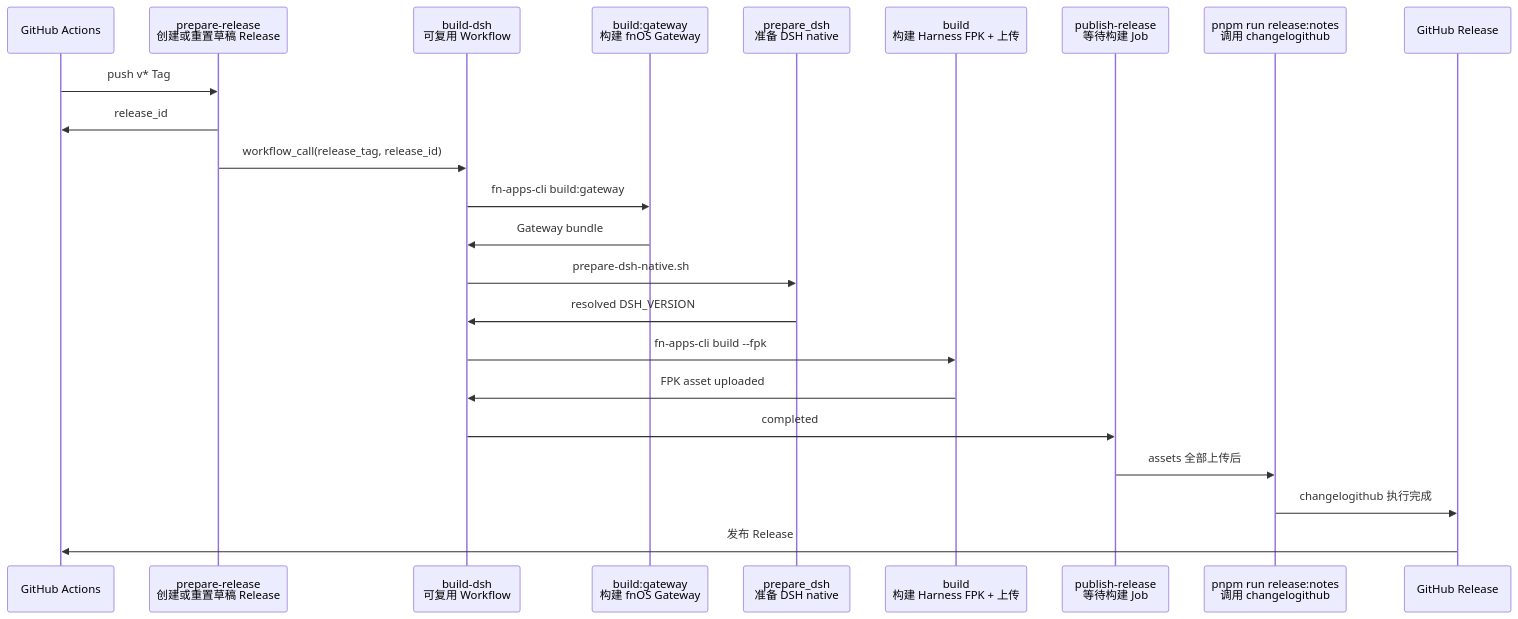
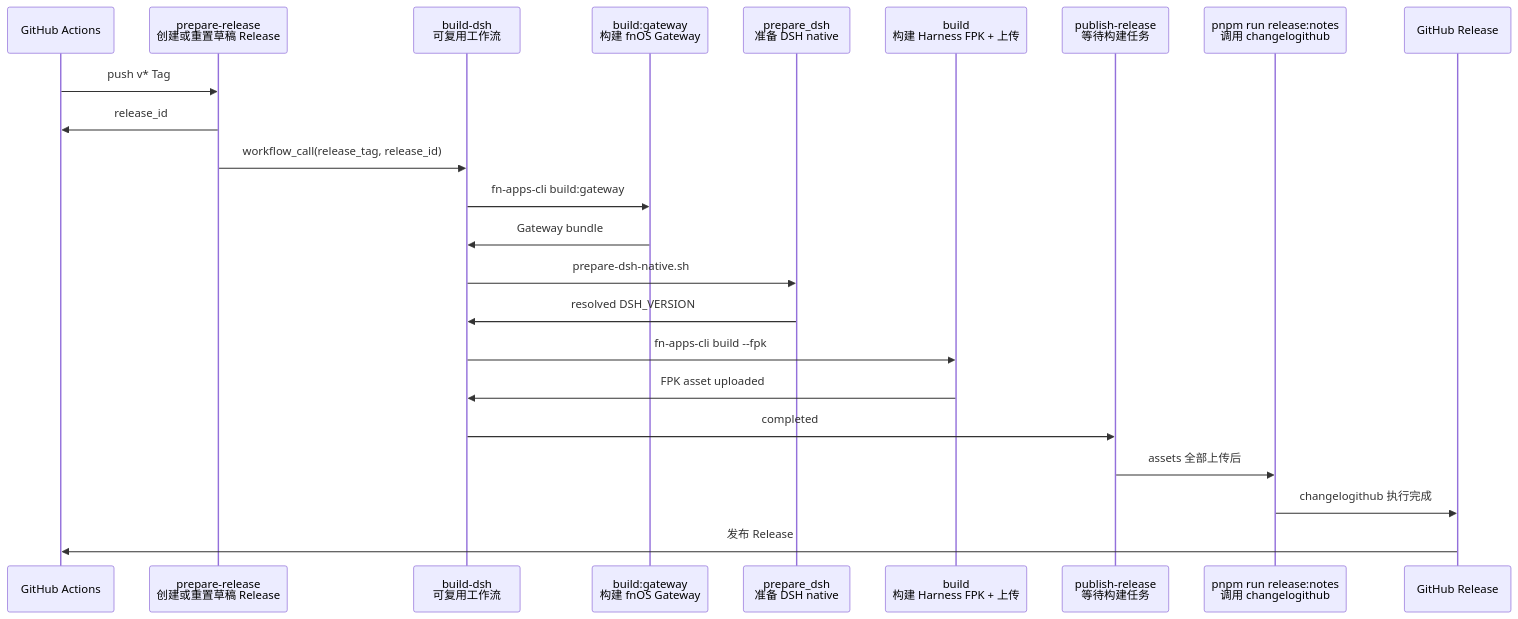
The second of 4 diagrams in docs/development/github-workflows.md (FNOSP/fnos-dsh), drawn with Mermaid before and after one commit. The commit also changed other lines of this file and 22 other files, not shown here.

````diff
--- a/docs/development/github-workflows.md
+++ b/docs/development/github-workflows.md
@@ -52,26 +52,26 @@
 ```mermaid
 sequenceDiagram
   participant github as GitHub Actions
   participant prepare as prepare-release<br/>创建或重置草稿 Release
-  participant dsh as build-dsh<br/>可复用 Workflow
+  participant dsh as build-dsh<br/>可复用工作流
   participant gateway as build:gateway<br/>构建 fnOS Gateway
   participant native as prepare_dsh<br/>准备 DSH native
   participant dshBuild as build<br/>构建 Harness FPK + 上传
-  participant publish as publish-release<br/>等待构建 Job
+  participant publish as publish-release<br/>等待构建任务
   participant notes as pnpm run release:notes<br/>调用 changelogithub
   participant release as GitHub Release
 
   github->>prepare: push v* Tag
   prepare->>github: release_id
   prepare->>dsh: workflow_call(release_tag, release_id)
   dsh->>gateway: fn-apps-cli build:gateway
   gateway->>dsh: Gateway bundle
   dsh->>native: prepare-dsh-native.sh
   native->>dsh: resolved DSH_VERSION
   dsh->>dshBuild: fn-apps-cli build --fpk
   dshBuild->>dsh: FPK asset uploaded
   dsh->>publish: completed
   publish->>notes: assets 全部上传后
   notes->>release: changelogithub 执行完成
   release->>github: 发布 Release
 ```
````
